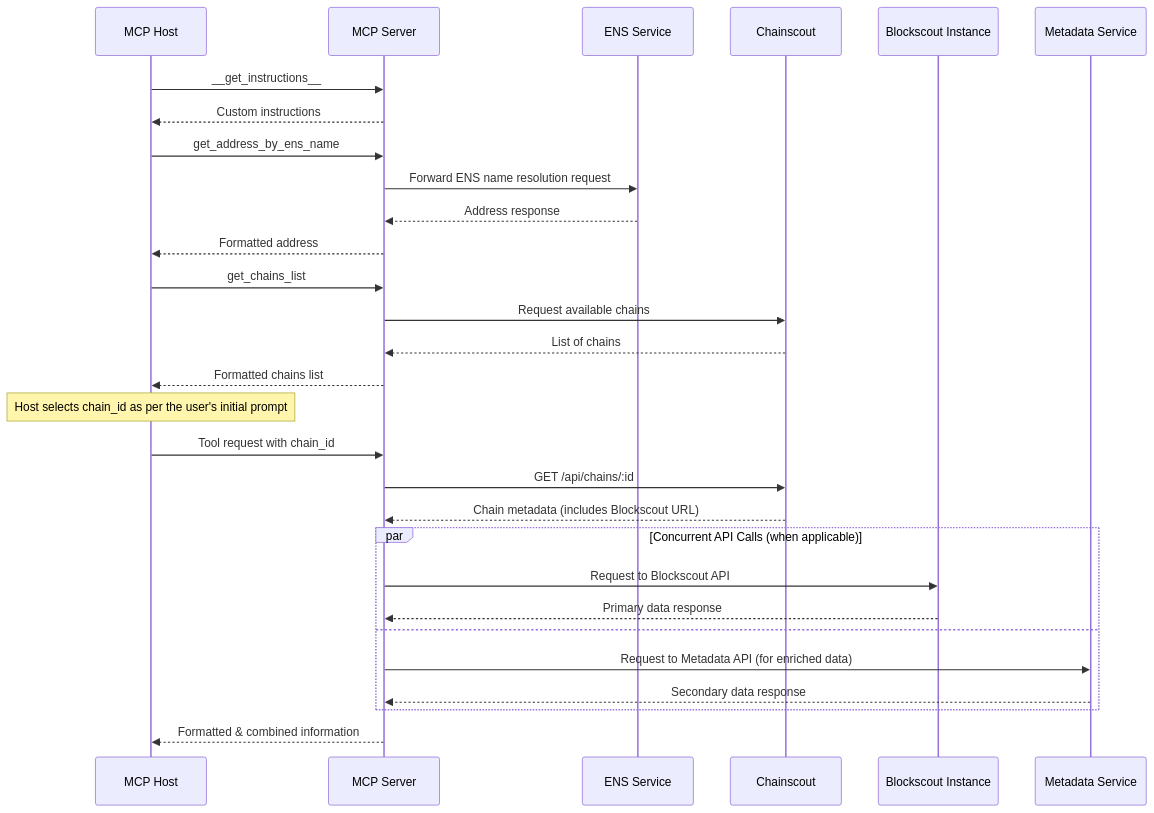
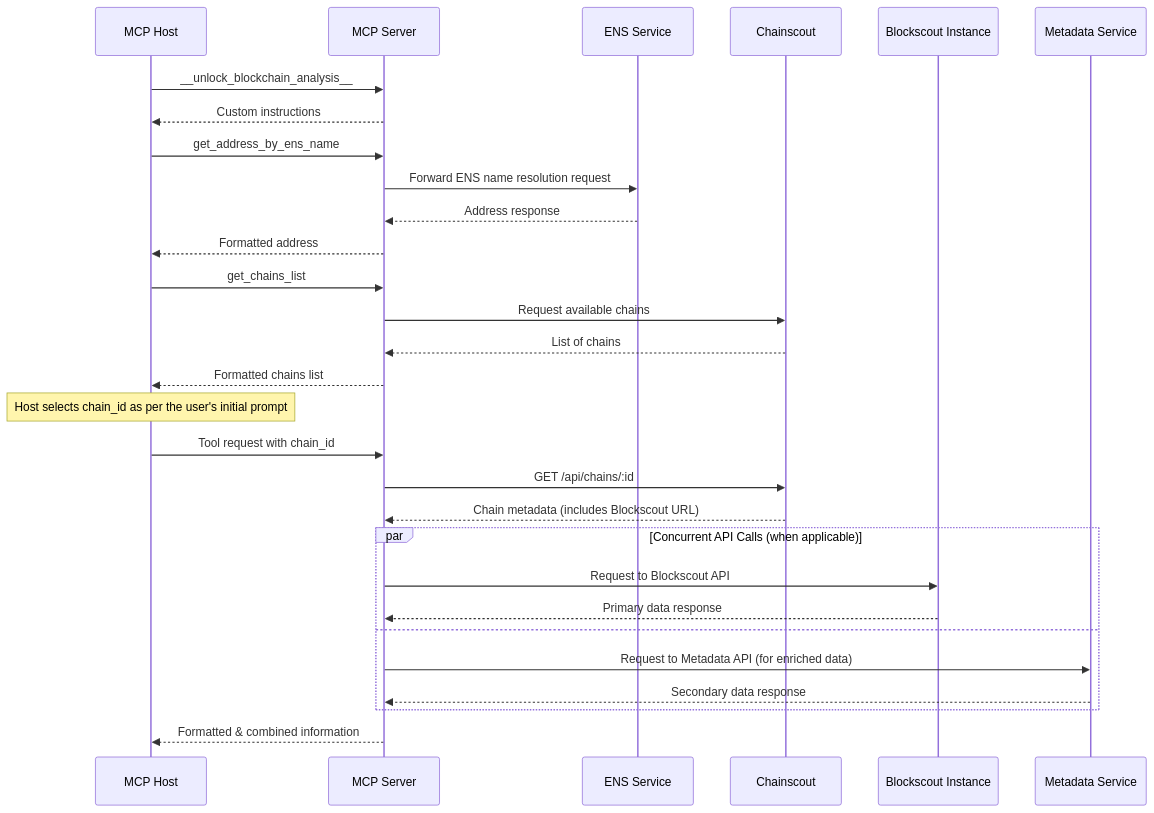
One commit to settlemint/blockscout-mcp-server changed the first of 3 diagrams in SPEC.md. Above: the diagram before and after it, drawn with Mermaid. The commit also changed other lines of this file and 13 other files, not shown here.

````diff
--- a/SPEC.md
+++ b/SPEC.md
@@ -39,36 +39,36 @@
 ```mermaid
 sequenceDiagram
     participant AI as MCP Host
     participant MCP as MCP Server
     participant BENS as ENS Service
     participant CS as Chainscout
     participant BS as Blockscout Instance
     participant Metadata as Metadata Service
 
-    AI->>MCP: __get_instructions__
+    AI->>MCP: __unlock_blockchain_analysis__
     MCP-->>AI: Custom instructions
 
     AI->>MCP: get_address_by_ens_name
     MCP->>BENS: Forward ENS name resolution request
     BENS-->>MCP: Address response
     MCP-->>AI: Formatted address
 
     AI->>MCP: get_chains_list
     MCP->>CS: Request available chains
     CS-->>MCP: List of chains
     MCP-->>AI: Formatted chains list
 
     Note over AI: Host selects chain_id as per the user's initial prompt
 
     AI->>MCP: Tool request with chain_id
     MCP->>CS: GET /api/chains/:id
     CS-->>MCP: Chain metadata (includes Blockscout URL)
     par Concurrent API Calls (when applicable)
         MCP->>BS: Request to Blockscout API
         BS-->>MCP: Primary data response
     and
         MCP->>Metadata: Request to Metadata API (for enriched data)
         Metadata-->>MCP: Secondary data response
     end
     MCP-->>AI: Formatted & combined information
 ```
````
